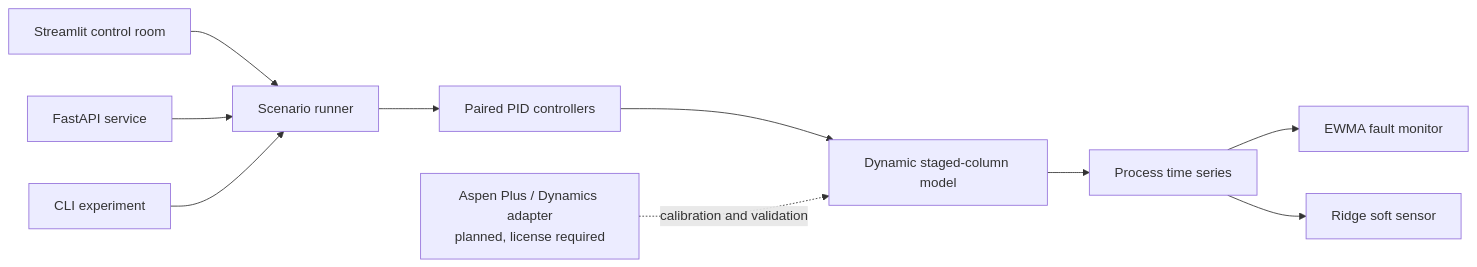
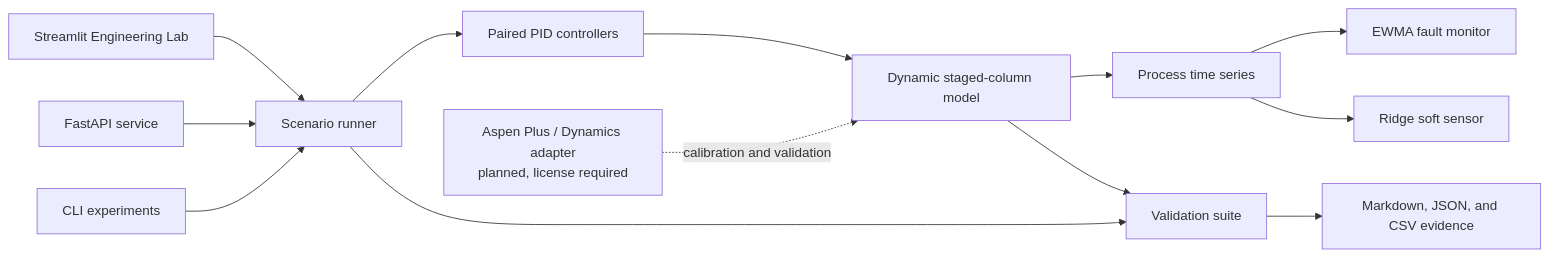
Before and after one commit to mojaffri/distilltwin: the diagram in README.md, drawn with Mermaid. The commit also changed other lines of this file and 9 other files, not shown here.

First line of the commit message:
Add reproducible engineering validation lab (#4)

```diff
--- a/README.md
+++ b/README.md
@@ -36,12 +44,15 @@
 ~~~mermaid
 flowchart LR
-    UI[Streamlit control room] --> SC[Scenario runner]
+    UI[Streamlit Engineering Lab] --> SC[Scenario runner]
     API[FastAPI service] --> SC
-    CLI[CLI experiment] --> SC
+    CLI[CLI experiments] --> SC
     SC --> PID[Paired PID controllers]
     PID --> COL[Dynamic staged-column model]
     COL --> TS[Process time series]
     TS --> FD[EWMA fault monitor]
     TS --> SS[Ridge soft sensor]
+    COL --> VAL[Validation suite]
+    SC --> VAL
+    VAL --> EV[Markdown, JSON, and CSV evidence]
     ASPEN[Aspen Plus / Dynamics adapter<br/>planned, license required] -. calibration and validation .-> COL
 ~~~
```
